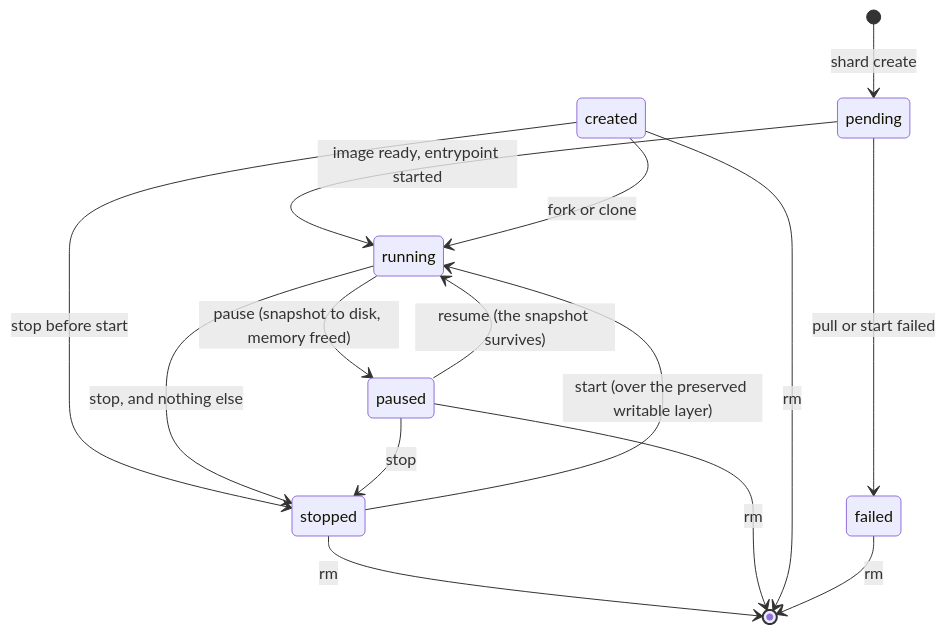
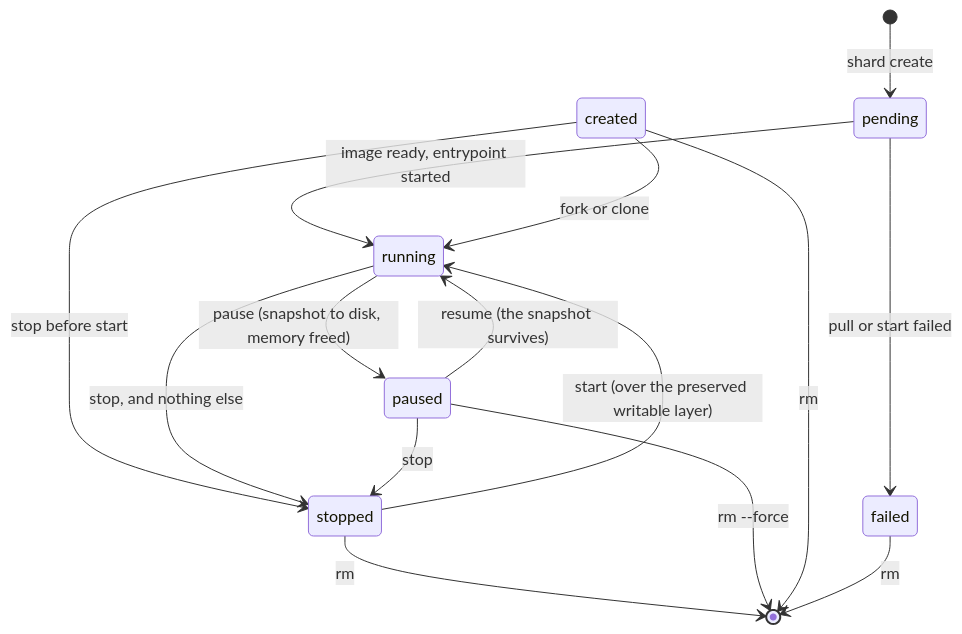
One commit to lusavova/shard changed the diagram in docs/state-machine.md. Above: the diagram before and after it, drawn with Mermaid. The commit also changed 3 other files, not shown here.

First line of the commit message:
SHARD-281: refuse an rm of a paused sandbox unless --force (#282)

````diff
--- a/docs/state-machine.md
+++ b/docs/state-machine.md
@@ -5,17 +5,17 @@
 ```mermaid
 stateDiagram-v2
     [*] --> pending: shard create
     pending --> running: image ready, entrypoint started
     pending --> failed: pull or start failed
     created --> running: fork or clone
     created --> stopped: stop before start
     running --> paused: pause (snapshot to disk, memory freed)
     running --> stopped: stop, and nothing else
     paused --> running: resume (the snapshot survives)
     paused --> stopped: stop
     stopped --> running: start (over the preserved writable layer)
     stopped --> [*]: rm
-    paused --> [*]: rm
+    paused --> [*]: rm --force
     created --> [*]: rm
     failed --> [*]: rm
 ```
````
